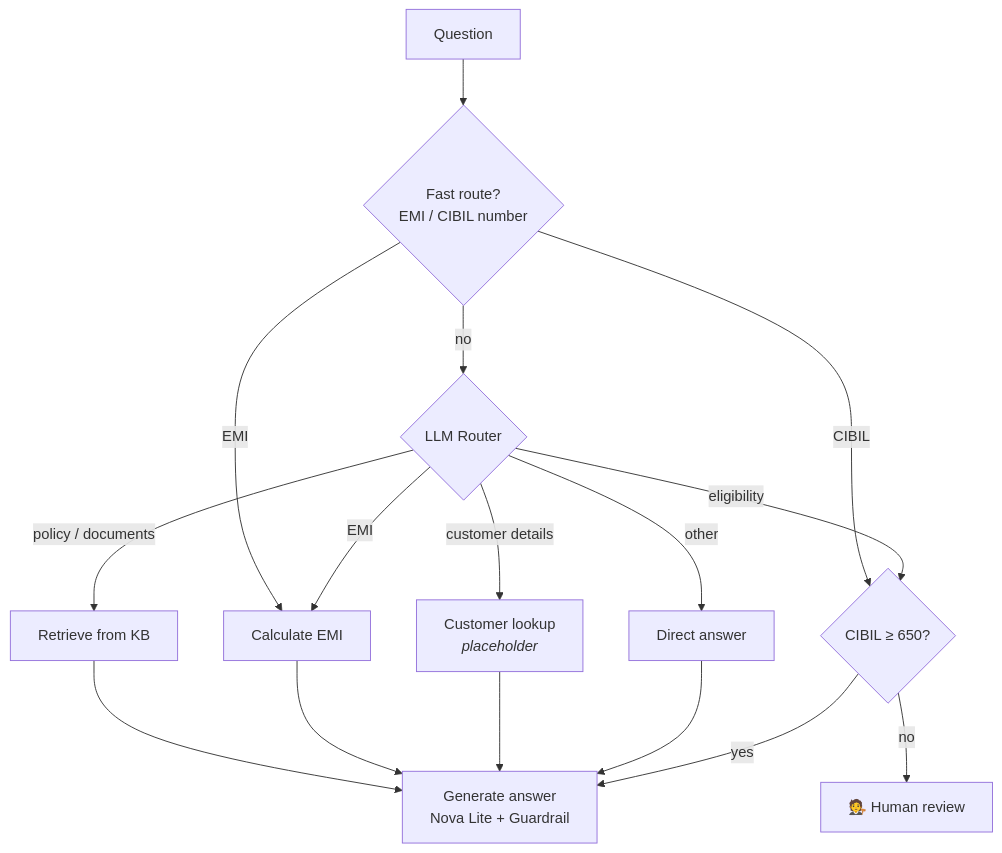
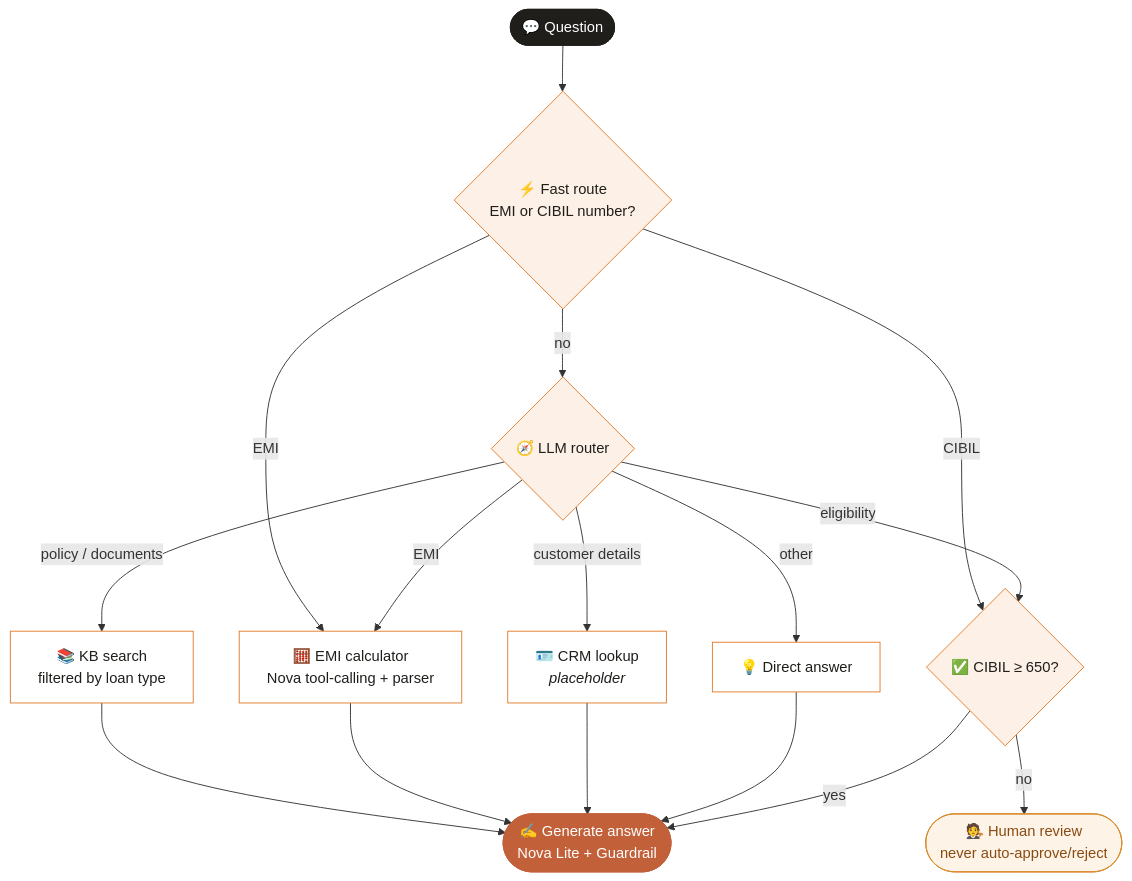
One commit to musaddiq-vd/loanassist-ai-Langgraph changed the diagram in README.md. Above: the diagram before and after it, drawn with Mermaid. The commit also changed other lines of this file and 2 other files, not shown here.

Commit message:
docs: new architecture diagram and request journey in README
- Designed architecture diagram (docs/architecture.png) with layered AWS groups, the agent flow inside Lambda and numbered request steps; HTML source kept in docs/architecture.html
- Step-by-step request journey table
- Styled agent workflow diagram

````diff
--- a/README.md
+++ b/README.md
@@ -90,19 +89,30 @@
 ```mermaid
 flowchart TD
-    Q[Question] --> FR{Fast route?<br/>EMI / CIBIL number}
+    Q([💬 Question]) --> FR{⚡ Fast route<br/>EMI or CIBIL number?}
     FR -->|EMI| E
     FR -->|CIBIL| EL
-    FR -->|no| R{LLM Router}
-    R -->|policy / documents| D[Retrieve from KB]
-    R -->|EMI| E[Calculate EMI]
-    R -->|eligibility| EL{CIBIL ≥ 650?}
-    R -->|customer details| C[Customer lookup<br/><i>placeholder</i>]
-    R -->|other| X[Direct answer]
+    FR -->|no| R{🧭 LLM router}
+    R -->|policy / documents| D[📚 KB search<br/>filtered by loan type]
+    R -->|EMI| E[🧮 EMI calculator<br/>Nova tool-calling + parser]
+    R -->|eligibility| EL{✅ CIBIL ≥ 650?}
+    R -->|customer details| C[🪪 CRM lookup<br/><i>placeholder</i>]
+    R -->|other| X[💡 Direct answer]
 
-    D --> G[Generate answer<br/>Nova Lite + Guardrail]
+    D --> G([✍️ Generate answer<br/>Nova Lite + Guardrail])
     E --> G
     C --> G
     X --> G
     EL -->|yes| G
-    EL -->|no| H[🧑‍⚖️ Human review]
+    EL -->|no| H([🧑‍⚖️ Human review<br/>never auto-approve/reject])
+
+    classDef entry fill:#1f1e1b,stroke:#1f1e1b,color:#fff
+    classDef route fill:#fdf0e6,stroke:#e07b28,color:#1f1e1b
+    classDef tool fill:#fff,stroke:#e07b28,color:#1f1e1b
+    classDef answer fill:#c2603a,stroke:#c2603a,color:#fff
+    classDef review fill:#fdf3e7,stroke:#d98a2b,color:#8a4b12
+    class Q entry
+    class FR,R,EL route
+    class D,E,C,X tool
+    class G answer
+    class H review
 ```
````
